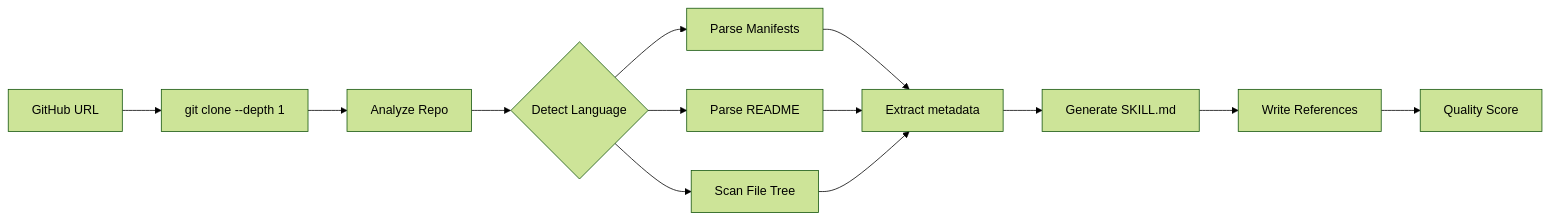
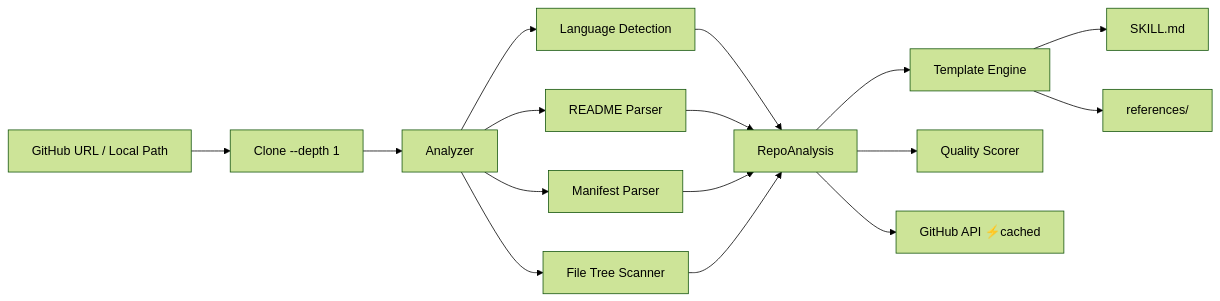
One commit to NeuZhou/repo2skill changed the diagram in README.md. Above: the diagram before and after it, drawn with Mermaid (forest theme). The commit also changed other lines of this file and 7 other files, not shown here.

First line of the commit message:
feat: v3.0.0 — README rewrite, CHANGELOG, docs/, GitHub API caching, performance optimizations

````diff
--- a/README.md
+++ b/README.md
@@ -40,15 +75,15 @@
 ```mermaid
 graph LR
-    A[GitHub URL] --> B[git clone --depth 1]
-    B --> C[Analyze Repo]
-    C --> D{Detect Language}
-    D --> E[Parse Manifests]
-    D --> F[Parse README]
-    D --> G[Scan File Tree]
-    E --> H[Extract metadata]
-    F --> H
-    G --> H
-    H --> I[Generate SKILL.md]
-    I --> J[Write References]
-    J --> K[Quality Score]
+    A[GitHub URL / Local Path] --> B[Clone --depth 1]
+    B --> C[Analyzer]
+    C --> D[Language Detection]
+    C --> E[README Parser]
+    C --> F[Manifest Parser]
+    C --> G[File Tree Scanner]
+    D & E & F & G --> H[RepoAnalysis]
+    H --> I[Template Engine]
+    I --> J[SKILL.md]
+    I --> K[references/]
+    H --> L[Quality Scorer]
+    H --> M[GitHub API ⚡cached]
 ```
````
